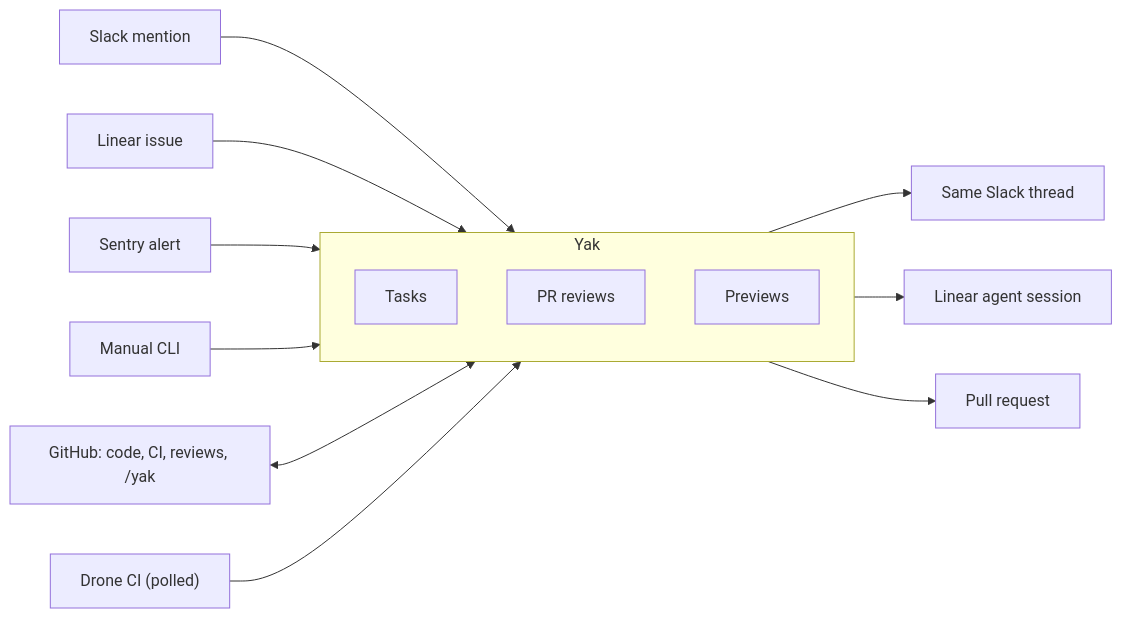
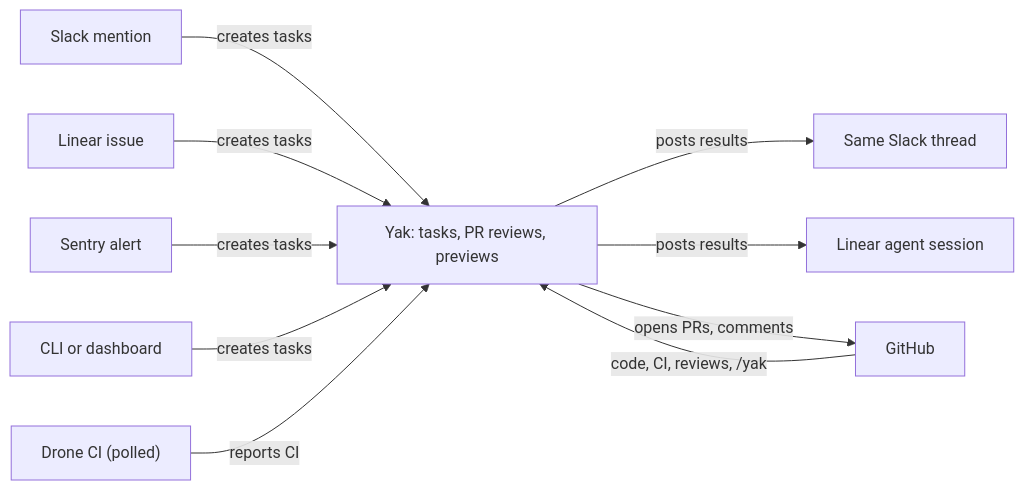
One commit to Geocodio/yak changed the diagram in docs/channels.md. Above: the diagram before and after it, drawn with Mermaid. The commit also changed 2 other files, not shown here.

Commit message:
docs: clearer task-state and channel-map diagrams
Claude-Session: https://claude.ai/code/session_0122mbXKLZ8tkBmR373xxaQo

````diff
--- a/docs/channels.md
+++ b/docs/channels.md
@@ -13,18 +13,13 @@
 ```mermaid
 flowchart LR
-    Slack["Slack mention"] --> Yak
-    Linear["Linear issue"] --> Yak
-    Sentry["Sentry alert"] --> Yak
-    CLI["Manual CLI"] --> Yak
-    subgraph Yak["Yak"]
-        direction TB
-        T["Tasks"]
-        R["PR reviews"]
-        P["Previews"]
-    end
-    Yak --> ST["Same Slack thread"]
-    Yak --> LS["Linear agent session"]
-    Yak --> PR["Pull request"]
-    GH["GitHub: code, CI, reviews, /yak"] <--> Yak
-    Drone["Drone CI (polled)"] --> Yak
+    Slack["Slack mention"] -->|"creates tasks"| Yak
+    Linear["Linear issue"] -->|"creates tasks"| Yak
+    Sentry["Sentry alert"] -->|"creates tasks"| Yak
+    CLI["CLI or dashboard"] -->|"creates tasks"| Yak
+    Drone["Drone CI (polled)"] -->|"reports CI"| Yak
+    Yak["Yak: tasks, PR reviews, previews"]
+    Yak -->|"posts results"| ST["Same Slack thread"]
+    Yak -->|"posts results"| LS["Linear agent session"]
+    Yak -->|"opens PRs, comments"| GH["GitHub"]
+    GH -->|"code, CI, reviews, /yak"| Yak
 ```
````
